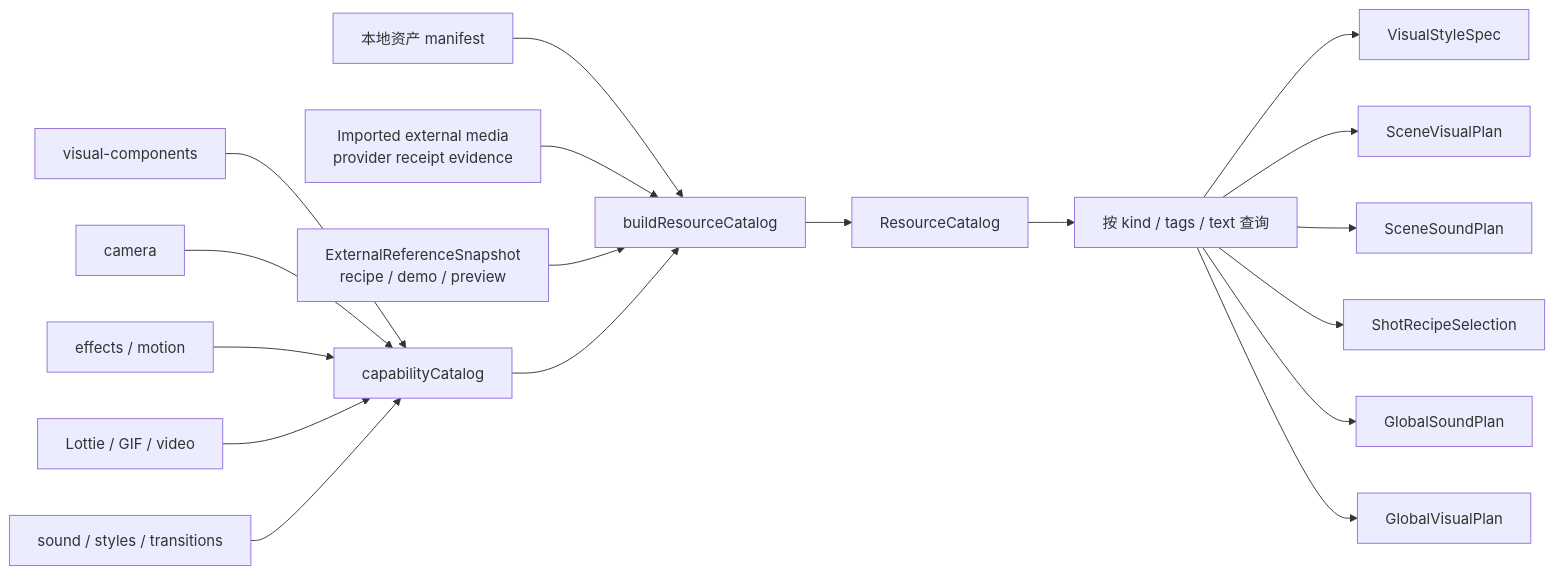
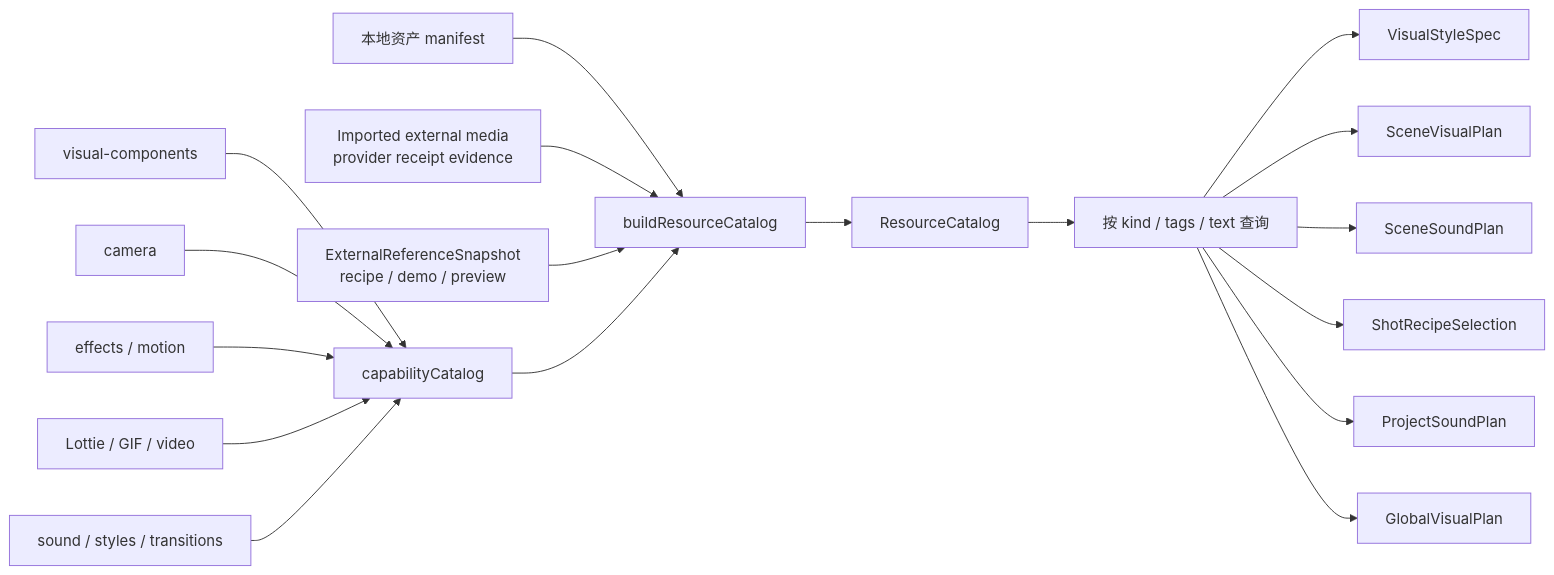
One commit to AXMORF/axmorf-studio changed the diagram in docs/guides/CAPABILITY_CATALOG.md. Above: the diagram before and after it, drawn with Mermaid. The commit also changed other lines of this file and 103 other files, not shown here.

Commit message:
feat: unify sound contributions and project bgm

````diff
--- a/docs/guides/CAPABILITY_CATALOG.md
+++ b/docs/guides/CAPABILITY_CATALOG.md
@@ -16,20 +16,20 @@
 ```mermaid
 flowchart LR
     Assets["本地资产 manifest"] --> Build["buildResourceCatalog"]
     ExternalMedia["Imported external media<br/>provider receipt evidence"] --> Build
     VisualComponents["visual-components"] --> Code["capabilityCatalog"]
     Camera["camera"] --> Code
     Effects["effects / motion"] --> Code
     Media["Lottie / GIF / video"] --> Code
     Sound["sound / styles / transitions"] --> Code
     Upstream["ExternalReferenceSnapshot<br/>recipe / demo / preview"] --> Build
     Code --> Build
     Build --> Catalog["ResourceCatalog"]
     Catalog --> Query["按 kind / tags / text 查询"]
     Query --> Style["VisualStyleSpec"]
     Query --> ScenePlan["SceneVisualPlan"]
     Query --> SceneSound["SceneSoundPlan"]
     Query --> Recipe["ShotRecipeSelection"]
-    Query --> GlobalSound["GlobalSoundPlan"]
+    Query --> ProjectSound["ProjectSoundPlan"]
     Query --> GlobalVisual["GlobalVisualPlan"]
 ```
````
